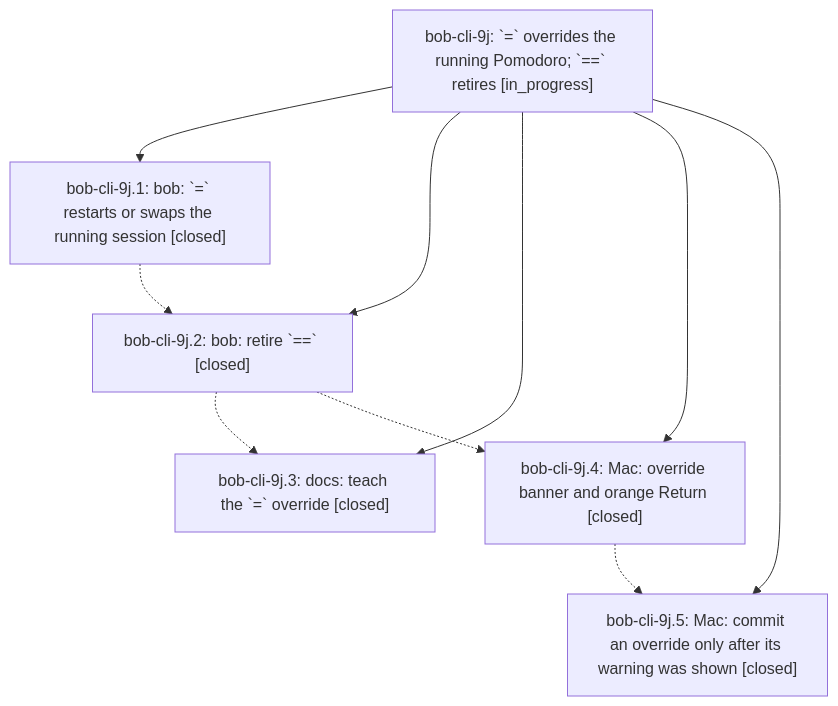
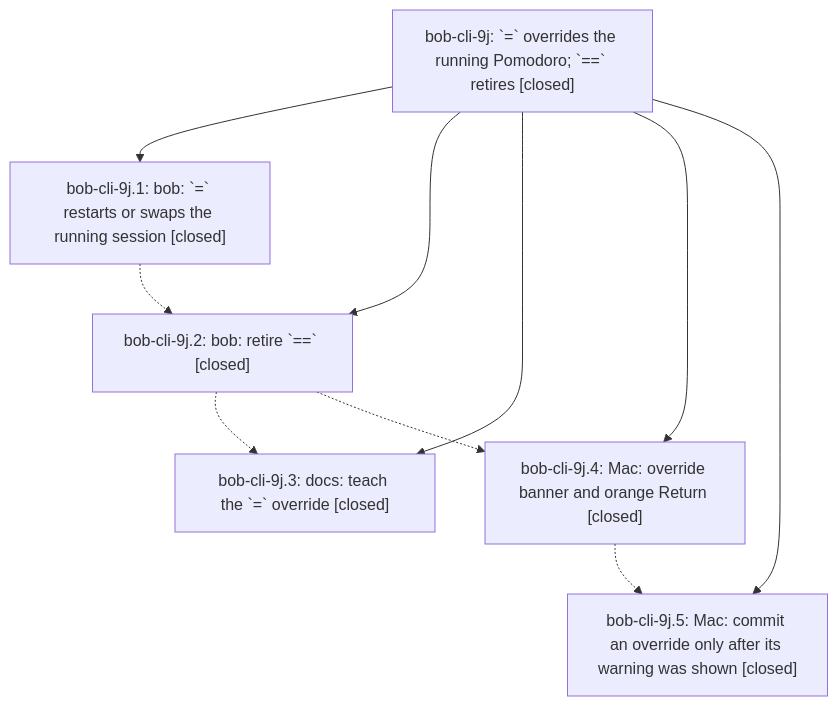
Before and after one commit to bobs-org/bob-cli--beads: the diagram in pages/bob-cli-9j/README.md, drawn with Mermaid. The commit also changed other lines of this file and 1 other file, not shown here.

First line of the commit message:
chore(beads): sync bead state and pages for bob-cli-9j

````diff
--- a/pages/bob-cli-9j/README.md
+++ b/pages/bob-cli-9j/README.md
@@ -38,18 +48,18 @@
 ```mermaid
 flowchart TD
-    n0["bob-cli-9j: `=` overrides the running Pomodoro; `==` retires [in_progress]"]
+    n0["bob-cli-9j: `=` overrides the running Pomodoro; `==` retires [closed]"]
     n1["bob-cli-9j.1: bob: `=` restarts or swaps the running session [closed]"]
     n2["bob-cli-9j.2: bob: retire `==` [closed]"]
     n3["bob-cli-9j.3: docs: teach the `=` override [closed]"]
     n4["bob-cli-9j.4: Mac: override banner and orange Return [closed]"]
     n5["bob-cli-9j.5: Mac: commit an override only after its warning was shown [closed]"]
     n0 --> n1
     n0 --> n2
     n0 --> n3
     n0 --> n4
     n0 --> n5
     n1 -.-> n2
     n2 -.-> n3
     n2 -.-> n4
     n4 -.-> n5
 ```
````
